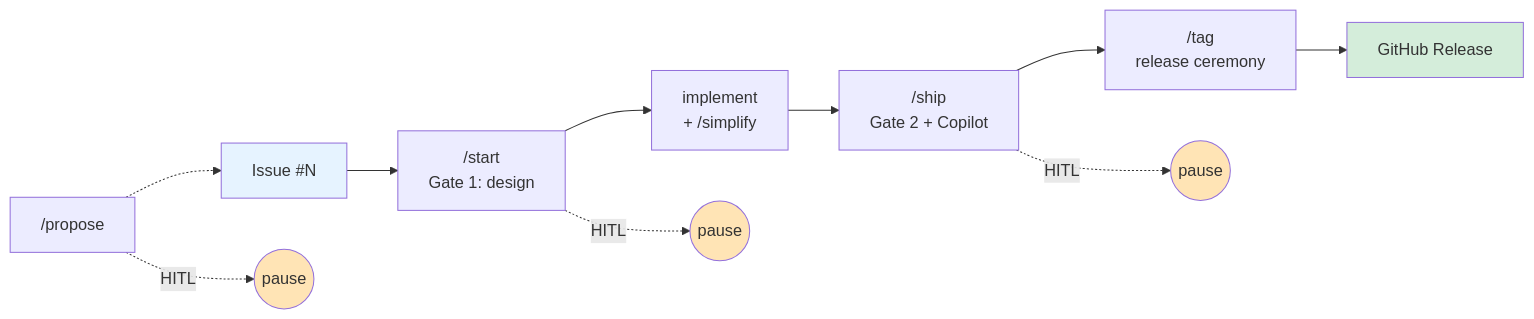
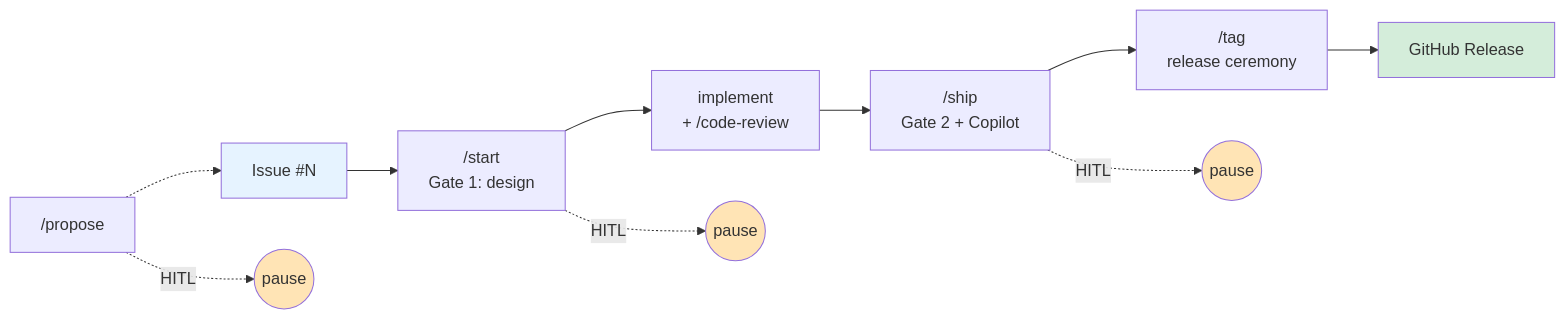
The diagram in README.md (JFK/gh-issue-driven), drawn with Mermaid before and after one commit. The commit also changed other lines of this file and 2 other files, not shown here.

First line of the commit message:
docs: migrate `/simplify` references to `/code-review` in start.md and READMEs (#67) (#70)

````diff
--- a/README.md
+++ b/README.md
@@ -13,19 +13,19 @@
 ```mermaid
 graph LR
     P["/propose"] -.-> I[Issue #N]
     I --> S["/start<br/>Gate 1: design"]
-    S --> IMP["implement<br/>+ /simplify"]
+    S --> IMP["implement<br/>+ /code-review"]
     IMP --> SH["/ship<br/>Gate 2 + Copilot"]
     SH --> T["/tag<br/>release ceremony"]
     T --> R[GitHub Release]
 
     P -.HITL.-> H0((pause))
     S -.HITL.-> H1((pause))
     SH -.HITL.-> H2((pause))
 
     style H0 fill:#ffe4b5
     style H1 fill:#ffe4b5
     style H2 fill:#ffe4b5
     style I fill:#e6f3ff
     style R fill:#d4edda
 ```
````
